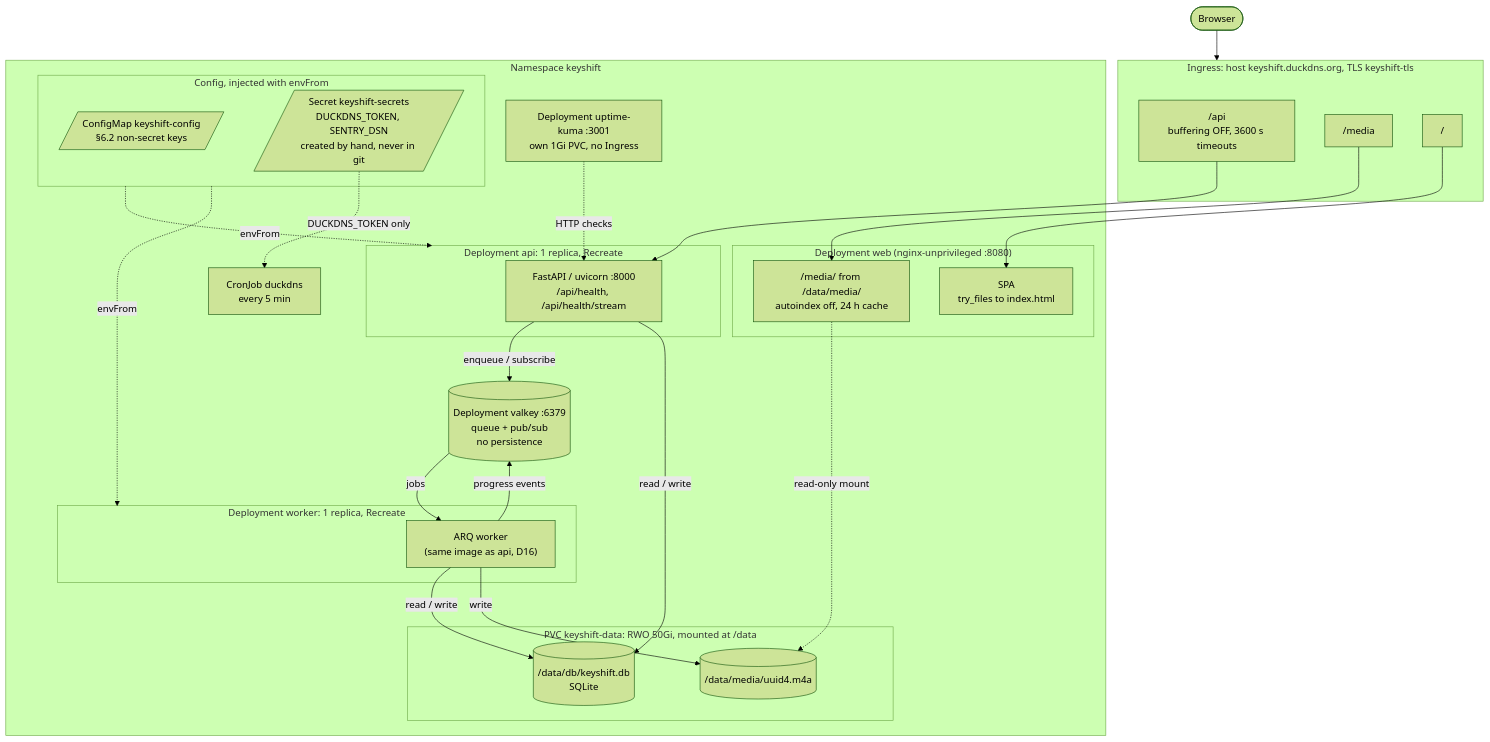
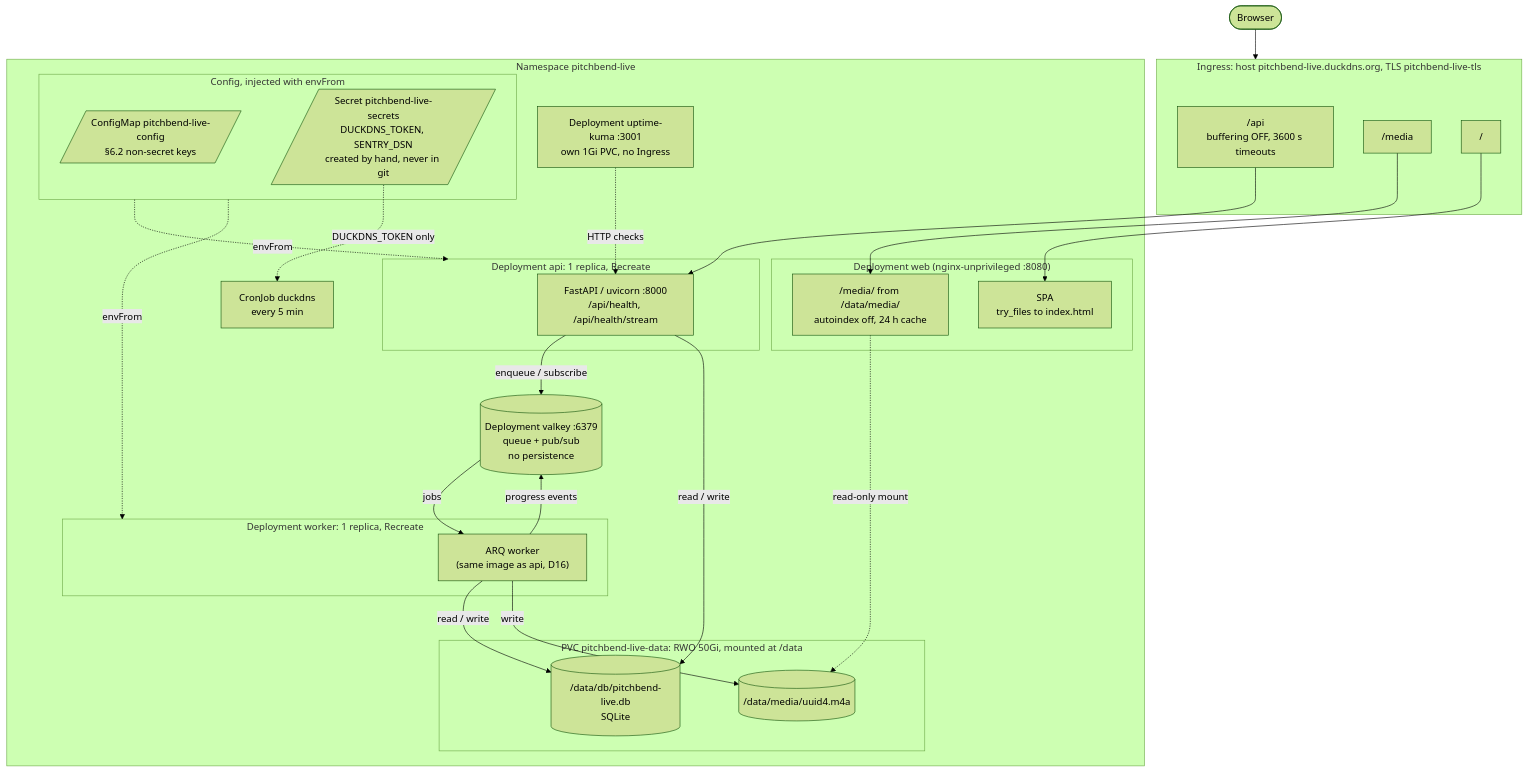
The second of 8 diagrams in docs/architecture-diagram.md (edwinargueta/PitchBend-Live), drawn with Mermaid (forest theme) before and after one commit. The commit also changed other lines of this file and 113 other files, not shown here.

````diff
--- a/docs/architecture-diagram.md
+++ b/docs/architecture-diagram.md
@@ -55,59 +55,59 @@
 ```mermaid
 flowchart TB
     client(["Browser"])
 
-    subgraph ing["Ingress: host keyshift.duckdns.org, TLS keyshift-tls"]
+    subgraph ing["Ingress: host pitchbend-live.duckdns.org, TLS pitchbend-live-tls"]
         rApi["/api<br/>buffering OFF, 3600 s timeouts"]
         rMedia["/media"]
         rRoot["/"]
     end
 
-    subgraph ns["Namespace keyshift"]
+    subgraph ns["Namespace pitchbend-live"]
         subgraph webPod["Deployment web (nginx-unprivileged :8080)"]
             spa["SPA<br/>try_files to index.html"]
             mediaSrv["/media/ from /data/media/<br/>autoindex off, 24 h cache"]
         end
 
         subgraph apiPod["Deployment api: 1 replica, Recreate"]
             fastapi["FastAPI / uvicorn :8000<br/>/api/health, /api/health/stream"]
         end
 
         subgraph workerPod["Deployment worker: 1 replica, Recreate"]
             arq["ARQ worker<br/>(same image as api, D16)"]
         end
 
         valkey[("Deployment valkey :6379<br/>queue + pub/sub<br/>no persistence")]
 
-        subgraph pvc["PVC keyshift-data: RWO 50Gi, mounted at /data"]
+        subgraph pvc["PVC pitchbend-live-data: RWO 50Gi, mounted at /data"]
             media[("/data/media/uuid4.m4a")]
-            db[("/data/db/keyshift.db<br/>SQLite")]
+            db[("/data/db/pitchbend-live.db<br/>SQLite")]
         end
 
         subgraph cfg["Config, injected with envFrom"]
-            cm[/"ConfigMap keyshift-config<br/>§6.2 non-secret keys"/]
-            sec[/"Secret keyshift-secrets<br/>DUCKDNS_TOKEN, SENTRY_DSN<br/>created by hand, never in git"/]
+            cm[/"ConfigMap pitchbend-live-config<br/>§6.2 non-secret keys"/]
+            sec[/"Secret pitchbend-live-secrets<br/>DUCKDNS_TOKEN, SENTRY_DSN<br/>created by hand, never in git"/]
         end
 
         kuma["Deployment uptime-kuma :3001<br/>own 1Gi PVC, no Ingress"]
         duck["CronJob duckdns<br/>every 5 min"]
     end
 
     client --> ing
     rApi --> fastapi
     rMedia --> mediaSrv
     rRoot --> spa
 
     fastapi -- "enqueue / subscribe" --> valkey
     valkey -- "jobs" --> arq
     arq -- "progress events" --> valkey
 
     fastapi -- "read / write" --> db
     arq -- "read / write" --> db
     arq -- "write" --> media
     mediaSrv -. "read-only mount" .-> media
 
     cfg -. envFrom .-> apiPod
     cfg -. envFrom .-> workerPod
     sec -. "DUCKDNS_TOKEN only" .-> duck
     kuma -. "HTTP checks" .-> fastapi
 ```
````
